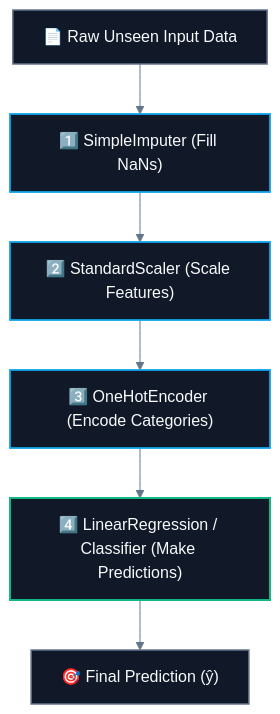
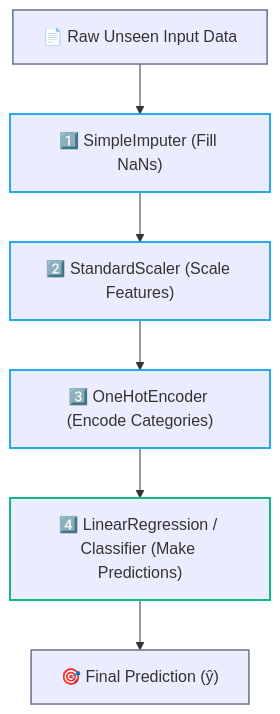
Before and after one commit to abhinavbharti2345/CS_Notes: the first of 3 diagrams in CS/AI & ML/02. Data Preprocessing/05. Scikit-Learn Pipeline.md, drawn with Mermaid. The commit also changed other lines of this file and 91 other files, not shown here.

````diff
--- a/CS/AI & ML/02. Data Preprocessing/05. Scikit-Learn Pipeline.md
+++ b/CS/AI & ML/02. Data Preprocessing/05. Scikit-Learn Pipeline.md
@@ -26,17 +26,16 @@
 ```mermaid
-%%{init: {'theme': 'base', 'themeVariables': { 'darkMode': true, 'background': '#0B0F14', 'mainBkg': '#111827', 'primaryColor': '#111827', 'primaryTextColor': '#F8FAFC', 'primaryBorderColor': '#38BDF8', 'lineColor': '#64748B', 'secondaryColor': '#0B0F14', 'tertiaryColor': '#0B0F14', 'clusterBkg': '#0B0F14', 'clusterBorder': '#38BDF8' }}}%%
 flowchart TD
     Raw["📄 Raw Unseen Input Data"] --> Imp["1️⃣ SimpleImputer (Fill NaNs)"]
     Imp --> Scale["2️⃣ StandardScaler (Scale Features)"]
     Scale --> Enc["3️⃣ OneHotEncoder (Encode Categories)"]
     Enc --> Model["4️⃣ LinearRegression / Classifier (Make Predictions)"]
     Model --> Out["🎯 Final Prediction (ŷ)"]
 
-    classDef step fill:#111827,stroke:#0ea5e9,stroke-width:1.8px,color:#F8FAFC;
-    classDef model fill:#111827,stroke:#10b981,stroke-width:2px,color:#F8FAFC;
-    classDef io fill:#111827,stroke:#64748b,stroke-width:1.5px,color:#F8FAFC;
+    classDef step stroke:#0ea5e9,stroke-width:1.8px;
+    classDef model stroke:#10b981,stroke-width:2px;
+    classDef io stroke:#64748b,stroke-width:1.5px;
 
     class Raw,Out io;
     class Imp,Scale,Enc step;
     class Model model;
 ```
````
